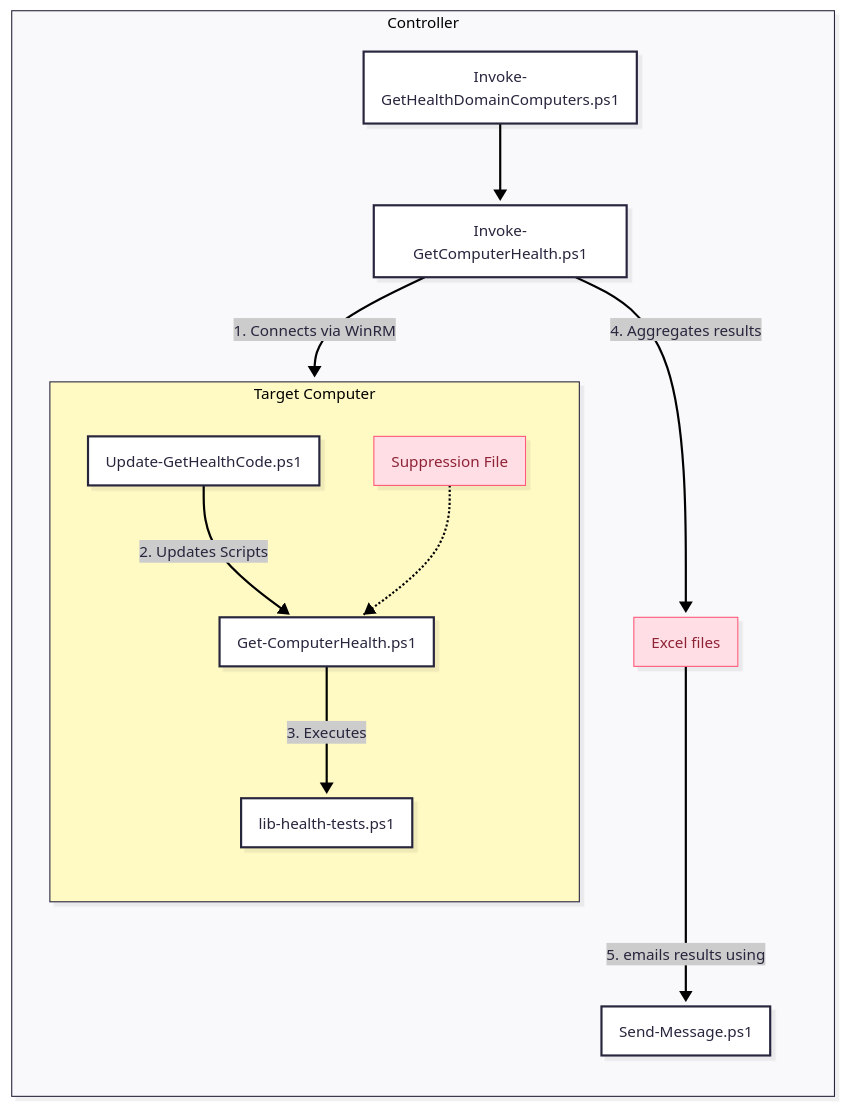
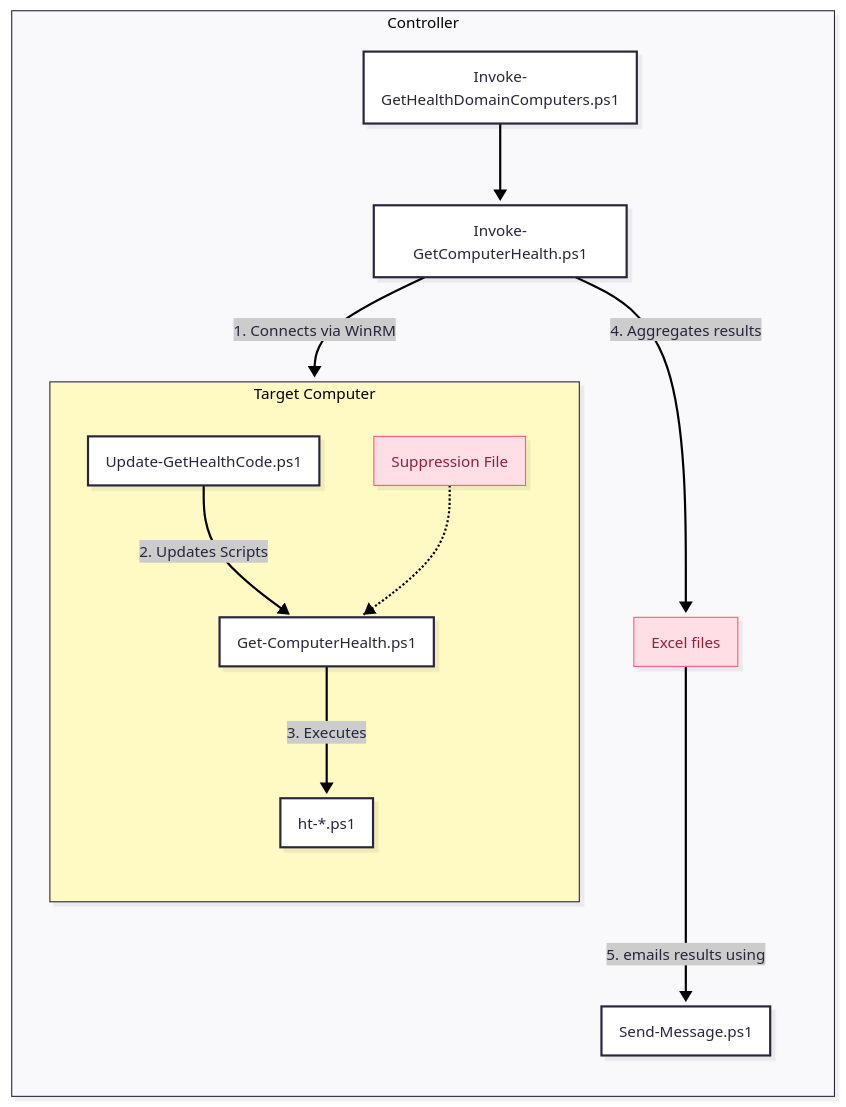
Before and after one commit to ndemou/GetComputerHealth: the diagram in README.md, drawn with Mermaid. The commit also changed other lines of this file and 4 other files, not shown here.

````diff
--- a/README.md
+++ b/README.md
@@ -43,33 +43,33 @@
 ```mermaid
 ---
 config:
   look: neo
   theme: redux
 ---
 flowchart BT
  subgraph Controller["Controller"]
         Orchestrator["Invoke-GetComputerHealth.ps1"]
         Entry["Invoke-GetHealthDomainComputers.ps1"]
         Target["Target Servers"]
         Report["Excel files"]
         Mailer["Send-Message.ps1"]
   end
  subgraph Target["Target Computer"]
         LocalRunner["Get-ComputerHealth.ps1"]
         Updater["Update-GetHealthCode.ps1"]
-        Tests["lib-health-tests.ps1"]
+        Tests["ht-*.ps1"]
         Config["Suppression File"]
   end
     Entry --> Orchestrator
     Orchestrator -- "1. Connects via WinRM" --> Target
     Orchestrator -- "4. Aggregates results" --> Report
     Report -- "5. emails results using" --> Mailer
     Updater -- "2. Updates Scripts" --> LocalRunner
     LocalRunner -- "3. Executes" --> Tests
     Config -.-> LocalRunner
 
      Report:::Rose
      Config:::Rose
     classDef Rose stroke-width:1px, stroke-dasharray:none, stroke:#FF5978, fill:#FFDFE5, color:#8E2236
     style Target fill:#FFF9C4
 ```
````
